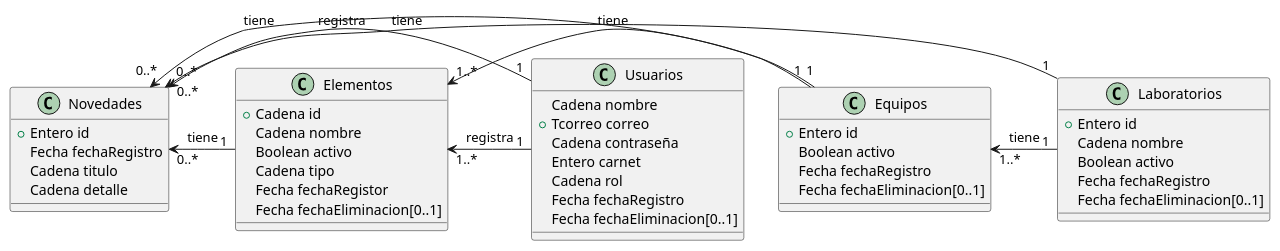
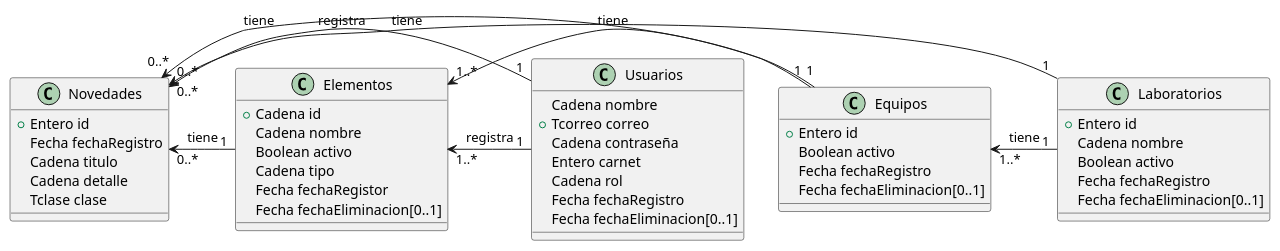
One commit to proyectocvds2019/NGCM changed the diagram in modeloBaseDatos.puml. Above: the diagram before and after it, drawn with PlantUML.

Commit message:
extendiendo modelo de base de datos

```diff
--- a/modeloBaseDatos.puml
+++ b/modeloBaseDatos.puml
@@ -1,52 +1,53 @@
 @startuml
 class Usuarios{
 	Cadena nombre
 	+ Tcorreo correo
 	Cadena contraseña
 	Entero carnet
 	Cadena rol
 	Fecha fechaRegistro
 	Fecha fechaEliminacion[0..1]
 }
 
 class Laboratorios{
 	+ Entero id
 	Cadena nombre
 	Boolean activo
 	Fecha fechaRegistro
 	Fecha fechaEliminacion[0..1]
 }
 
 class Equipos{
 	+ Entero id
 	Boolean activo
 	Fecha fechaRegistro
 	Fecha fechaEliminacion[0..1]
 }
 
 
 class Elementos{
 	+ Cadena id
 	Cadena nombre
 	Boolean activo
 	Cadena tipo
 	Fecha fechaRegistor
 	Fecha fechaEliminacion[0..1]
 }
 
 class Novedades{
     + Entero id
     Fecha fechaRegistro
     Cadena titulo
     Cadena detalle
+    Tclase clase
 }
 
 
 Elementos "1..*" <- "1" Equipos : tiene
 Equipos "1..*" <- "1" Laboratorios : tiene
 Elementos "1..*" <- "1" Usuarios : registra
 Novedades "0..*" <- "1" Usuarios : registra
 Novedades "0..*" <- "1" Elementos : tiene
 Novedades "0..*" <- "1" Equipos : tiene
 Novedades "0..*" <- "1" Laboratorios : tiene
 @enduml
```
